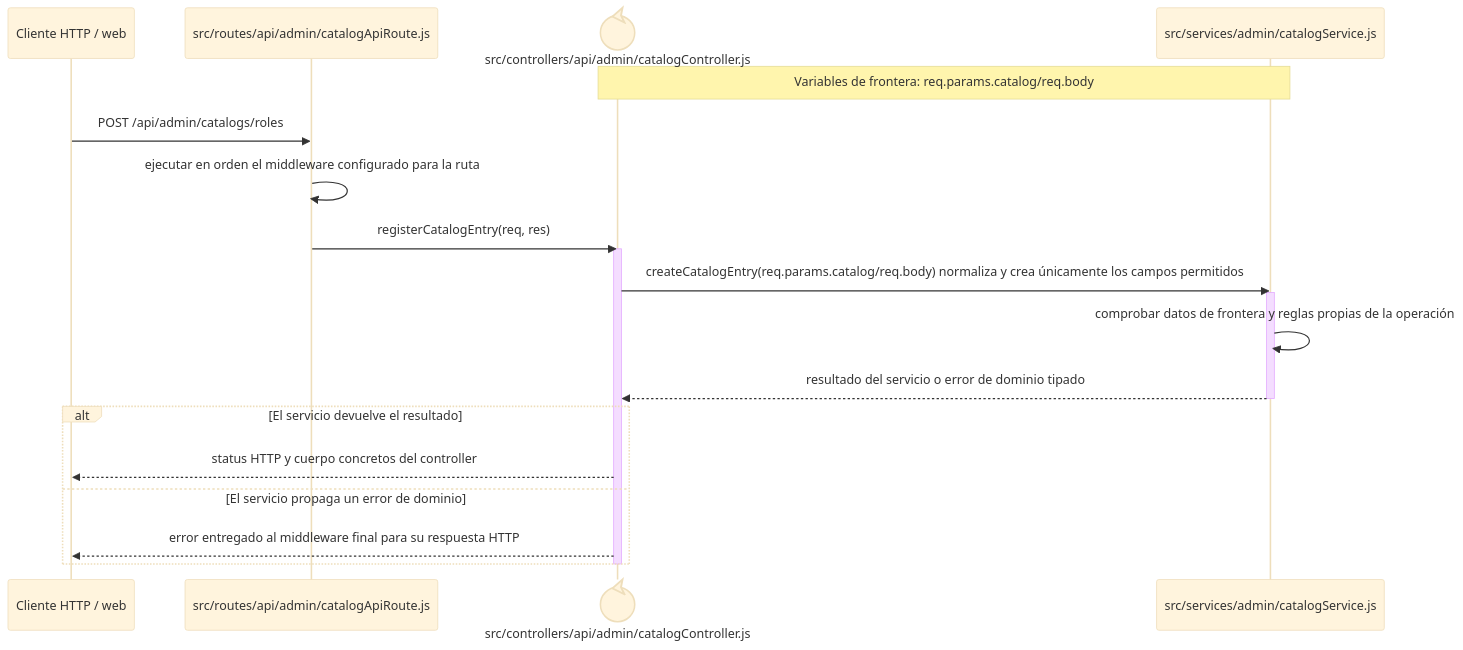
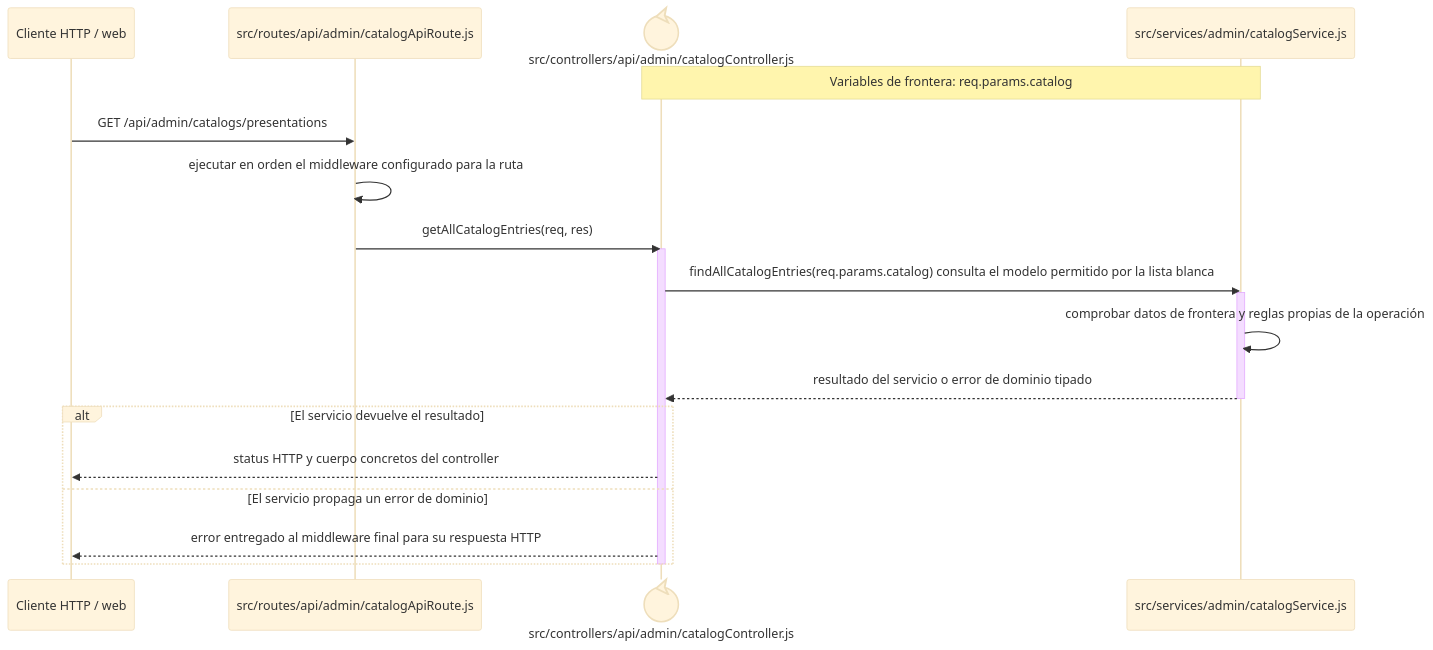
One commit to gpgsistemas01/nexus changed the diagram in docs/architecture/backend-code-sequences/catalogs/cu-cat-31.md. Above: the diagram before and after it, drawn with Mermaid (base theme). The commit also changed other lines of this file and 207 other files, not shown here.

````diff
--- a/docs/architecture/backend-code-sequences/catalogs/cu-cat-31.md
+++ b/docs/architecture/backend-code-sequences/catalogs/cu-cat-31.md
@@ -6,24 +6,24 @@
 ```mermaid
 sequenceDiagram
     participant Client as Cliente HTTP / web
     participant Route as src/routes/api/admin/catalogApiRoute.js
     participant Controller@{ "type": "control" } as src/controllers/api/admin/catalogController.js
     participant Domain as src/services/admin/catalogService.js
-    Note over Controller,Domain: Variables de frontera: req.params.catalog/req.body
+    Note over Controller,Domain: Variables de frontera: req.params.catalog
 
-    Client->>Route: POST /api/admin/catalogs/roles
+    Client->>Route: GET /api/admin/catalogs/presentations
     Route->>Route: ejecutar en orden el middleware configurado para la ruta
-    Route->>Controller: registerCatalogEntry(req, res)
+    Route->>Controller: getAllCatalogEntries(req, res)
     activate Controller
-    Controller->>Domain: createCatalogEntry(req.params.catalog/req.body) normaliza y crea únicamente los campos permitidos
+    Controller->>Domain: findAllCatalogEntries(req.params.catalog) consulta el modelo permitido por la lista blanca
     activate Domain
     Domain->>Domain: comprobar datos de frontera y reglas propias de la operación
     Domain-->>Controller: resultado del servicio o error de dominio tipado
     deactivate Domain
     alt El servicio devuelve el resultado
         Controller-->>Client: status HTTP y cuerpo concretos del controller
     else El servicio propaga un error de dominio
         Controller-->>Client: error entregado al middleware final para su respuesta HTTP
     end
     deactivate Controller
 ```
````
